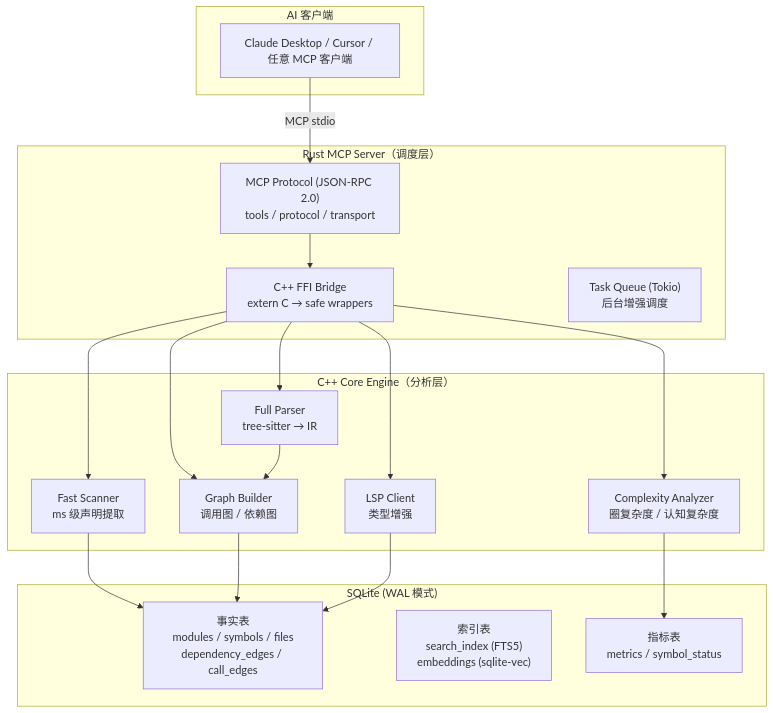
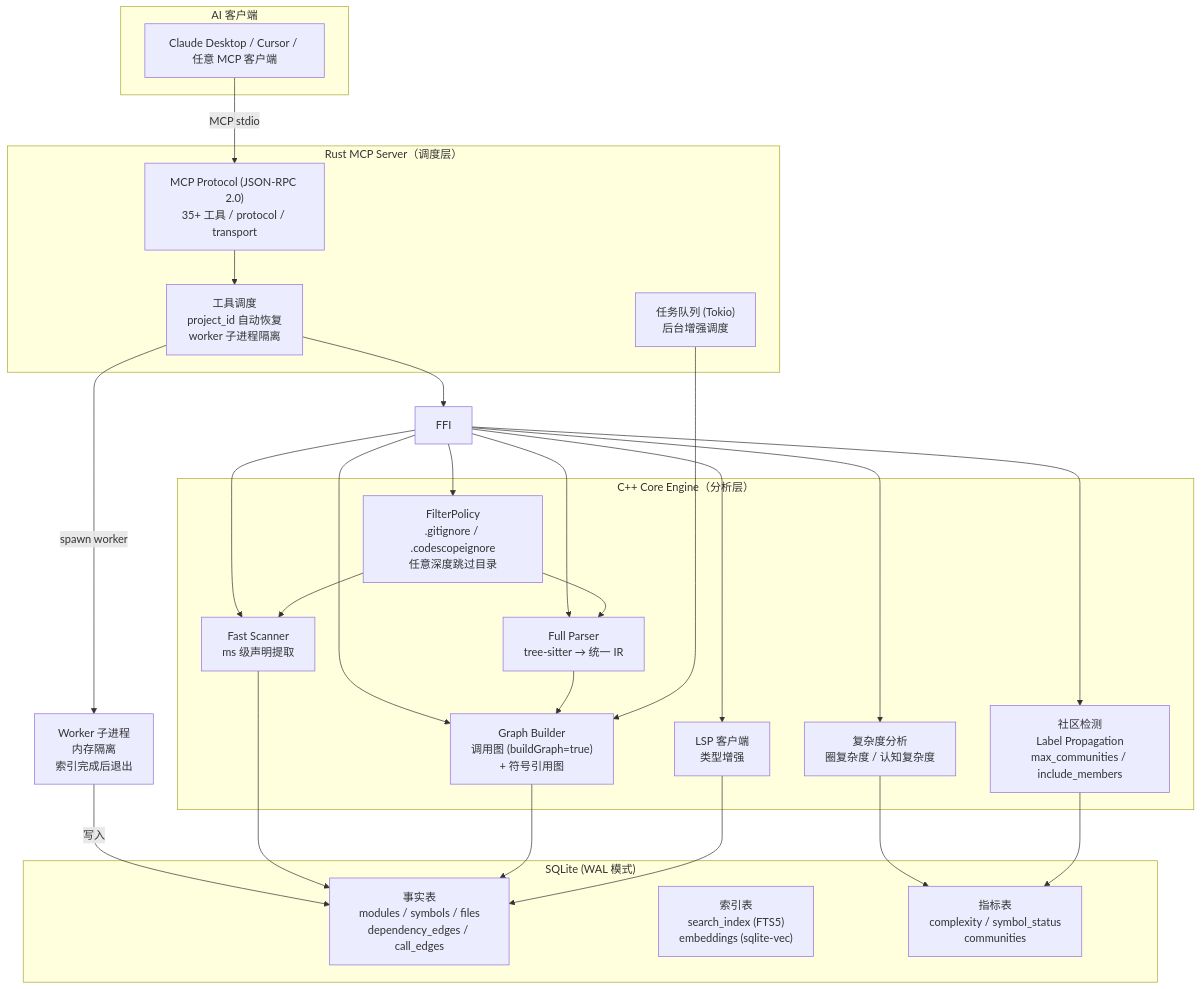
The first of 4 diagrams in README_CN.md (Timwood0x10/CodeScope), drawn with Mermaid before and after one commit. The commit also changed other lines of this file and 14 other files, not shown here.

````diff
--- a/README_CN.md
+++ b/README_CN.md
@@ -7,40 +7,51 @@
 ```mermaid
 graph TB
     subgraph "AI 客户端"
         Client["Claude Desktop / Cursor / 任意 MCP 客户端"]
     end
 
     subgraph "Rust MCP Server（调度层）"
-        MCP["MCP Protocol (JSON-RPC 2.0)<br/>tools / protocol / transport"]
-        FFI["C++ FFI Bridge<br/>extern C → safe wrappers"]
-        TQ["Task Queue (Tokio)<br/>后台增强调度"]
+        MCP["MCP Protocol (JSON-RPC 2.0)<br/>35+ 工具 / protocol / transport"]
+        DISPATCH["工具调度<br/>project_id 自动恢复<br/>worker 子进程隔离"]
+        TQ["任务队列 (Tokio)<br/>后台增强调度"]
     end
 
     subgraph "C++ Core Engine（分析层）"
         SCANNER["Fast Scanner<br/>ms 级声明提取"]
-        PARSER["Full Parser<br/>tree-sitter → IR"]
-        GRAPH["Graph Builder<br/>调用图 / 依赖图"]
-        COMPLEXITY["Complexity Analyzer<br/>圈复杂度 / 认知复杂度"]
-        LSP["LSP Client<br/>类型增强"]
+        FILTER["FilterPolicy<br/>.gitignore / .codescopeignore<br/>任意深度跳过目录"]
+        PARSER["Full Parser<br/>tree-sitter → 统一 IR"]
+        GRAPH["Graph Builder<br/>调用图 (buildGraph=true)<br/>+ 符号引用图"]
+        COMPLEXITY["复杂度分析<br/>圈复杂度 / 认知复杂度"]
+        COMMUNITY["社区检测<br/>Label Propagation<br/>max_communities / include_members"]
+        LSP["LSP 客户端<br/>类型增强"]
     end
 
     subgraph "SQLite (WAL 模式)"
         FACTS["事实表<br/>modules / symbols / files<br/>dependency_edges / call_edges"]
         INDICES["索引表<br/>search_index (FTS5)<br/>embeddings (sqlite-vec)"]
-        METRICS["指标表<br/>metrics / symbol_status"]
+        METRICS["指标表<br/>complexity / symbol_status<br/>communities"]
     end
 
     Client -->|"MCP stdio"| MCP
-    MCP --> FFI
+    MCP --> DISPATCH
+    DISPATCH --> FFI
+    DISPATCH -->|"spawn worker"| WORKER["Worker 子进程<br/>内存隔离<br/>索引完成后退出"]
+    WORKER -->|"写入"| FACTS
     FFI --> SCANNER
+    FFI --> FILTER
     FFI --> PARSER
     FFI --> GRAPH
     FFI --> COMPLEXITY
+    FFI --> COMMUNITY
     FFI --> LSP
 
     SCANNER --> FACTS
+    FILTER --> SCANNER
+    FILTER --> PARSER
     PARSER --> GRAPH
     GRAPH --> FACTS
     COMPLEXITY --> METRICS
+    COMMUNITY --> METRICS
     LSP --> FACTS
+    TQ --> GRAPH
 ```
````
